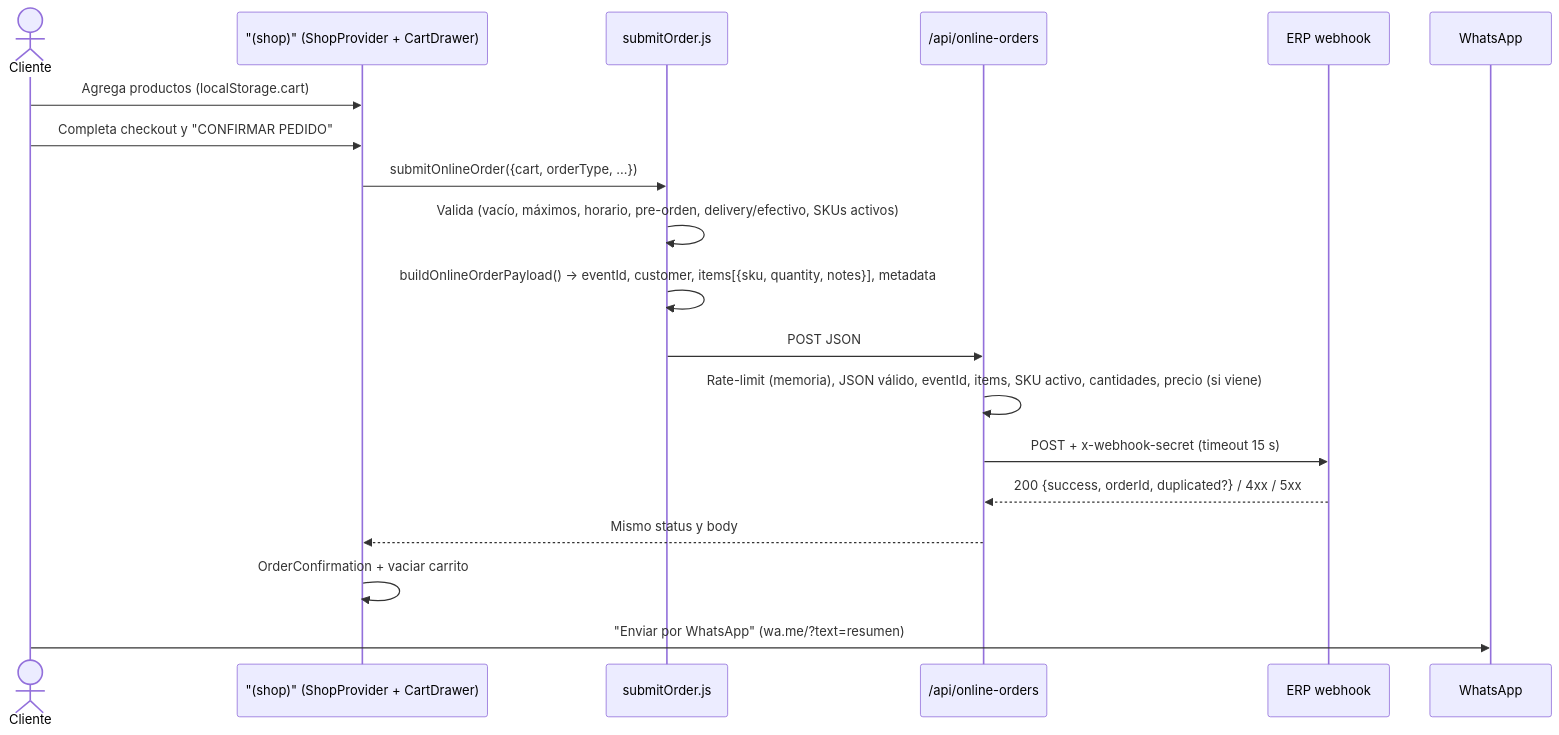
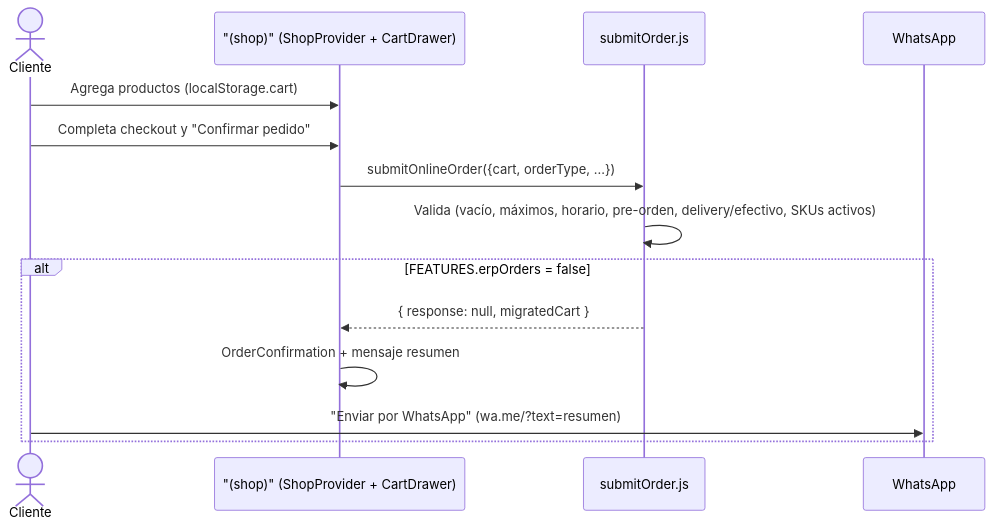
The first of 2 diagrams in docs/ARCHITECTURE.md (sjaquer/big-jack-menu), drawn with Mermaid before and after one commit. The commit also changed other lines of this file and 20 other files, not shown here.

````diff
--- a/docs/ARCHITECTURE.md
+++ b/docs/ARCHITECTURE.md
@@ -131,22 +168,17 @@
 ```mermaid
 sequenceDiagram
   actor C as Cliente
   participant UI as "(shop)" (ShopProvider + CartDrawer)
   participant SO as submitOrder.js
-  participant API as /api/online-orders
-  participant ERP as ERP webhook
   participant WA as WhatsApp
 
   C->>UI: Agrega productos (localStorage.cart)
-  C->>UI: Completa checkout y "CONFIRMAR PEDIDO"
+  C->>UI: Completa checkout y "Confirmar pedido"
   UI->>SO: submitOnlineOrder({cart, orderType, ...})
   SO->>SO: Valida (vacío, máximos, horario, pre-orden, delivery/efectivo, SKUs activos)
-  SO->>SO: buildOnlineOrderPayload() → eventId, customer, items[{sku, quantity, notes}], metadata
-  SO->>API: POST JSON
-  API->>API: Rate-limit (memoria), JSON válido, eventId, items, SKU activo, cantidades, precio (si viene)
-  API->>ERP: POST + x-webhook-secret (timeout 15 s)
-  ERP-->>API: 200 {success, orderId, duplicated?} / 4xx / 5xx
-  API-->>UI: Mismo status y body
-  UI->>UI: OrderConfirmation + vaciar carrito
-  C->>WA: "Enviar por WhatsApp" (wa.me/?text=resumen)
+  alt FEATURES.erpOrders = false
+    SO-->>UI: { response: null, migratedCart }
+    UI->>UI: OrderConfirmation + mensaje resumen
+    C->>WA: "Enviar por WhatsApp" (wa.me/?text=resumen)
+  end
 ```
````
